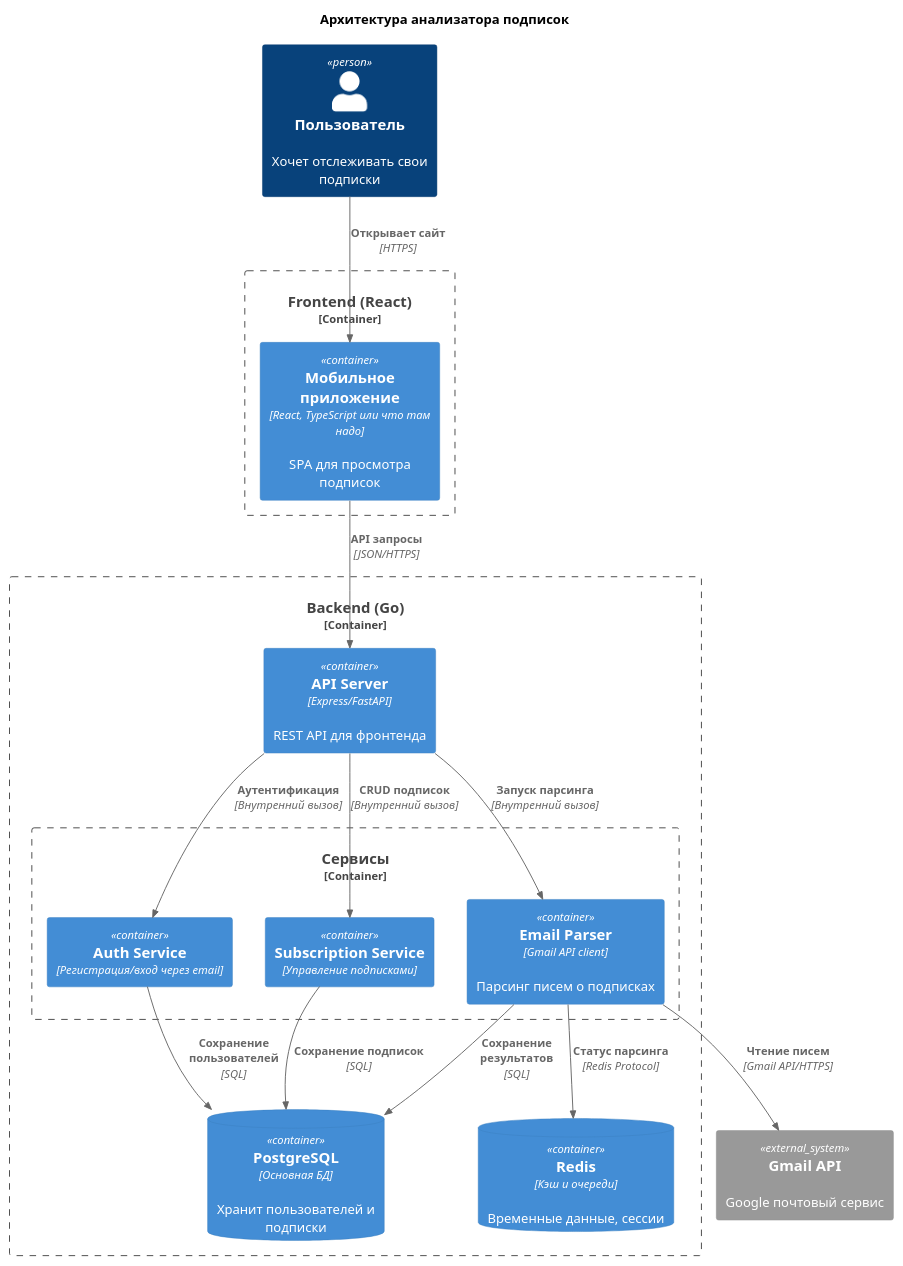
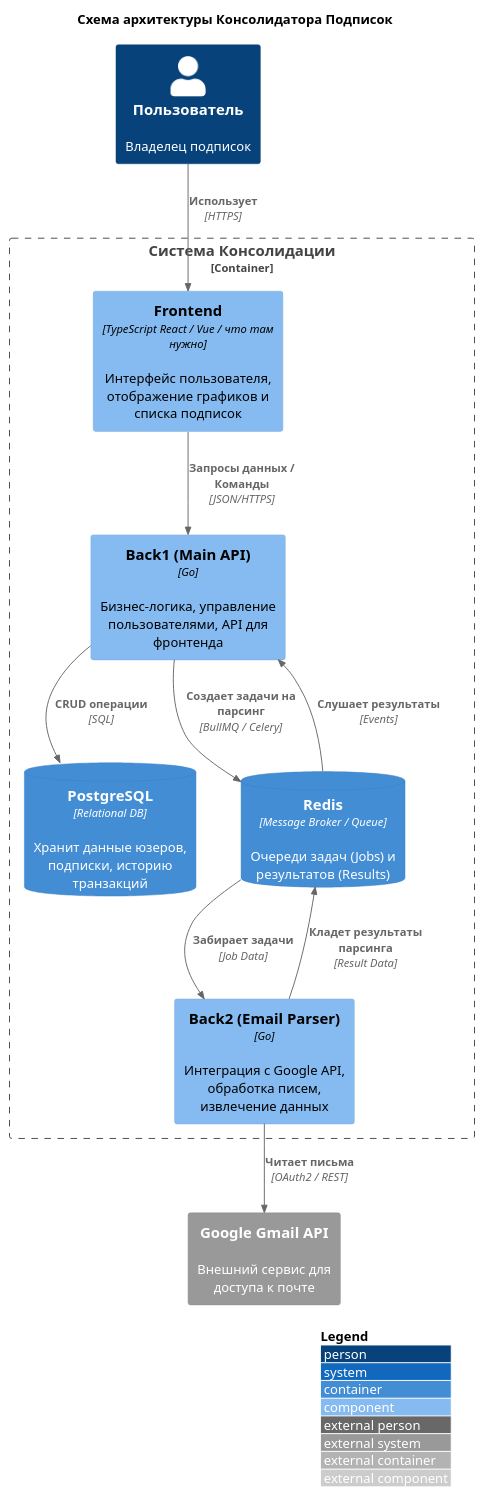
The diagram in architecture.puml (NikRo12/Subscription-Consolidator), drawn with PlantUML before and after one commit. The commit also changed 2 other files, not shown here.

```diff
--- a/architecture.puml
+++ b/architecture.puml
@@ -1,41 +1,38 @@
-@startuml "Subscription-Consolidator"
-!include <C4/C4_Container>
-!include <C4/C4_Context>
+@startuml
+!include https://raw.githubusercontent.com/plantuml-stdlib/C4-PlantUML/master/C4_Component.puml
 
-title Архитектура анализатора подписок
+LAYOUT_WITH_LEGEND()
 
-Person(user, "Пользователь", "Хочет отслеживать свои подписки")
+title Схема архитектуры Консолидатора Подписок
 
-System_Ext(gmail, "Gmail API", "Google почтовый сервис")
+Person(user, "Пользователь", "Владелец подписок")
 
-Container_Boundary(frontend, "Frontend (React)") {
-    Container(webapp, "Мобильное приложение", "React, TypeScript или что там надо", "SPA для просмотра подписок")
+Container_Boundary(api_app, "Система Консолидации") {
+    
+    Component(web_app, "Frontend", "TypeScript React / Vue / что там нужно", "Интерфейс пользователя, отображение графиков и списка подписок")
+    
+    Component(back1, "Back1 (Main API)", "Go", "Бизнес-логика, управление пользователями, API для фронтенда")
+    
+    Component(back2, "Back2 (Email Parser)", "Go", "Интеграция с Google API, обработка писем, извлечение данных")
+
+    ContainerDb(db_main, "PostgreSQL", "Relational DB", "Хранит данные юзеров, подписки, историю транзакций")
+    
+    ContainerDb(redis_queue, "Redis", "Message Broker / Queue", "Очереди задач (Jobs) и результатов (Results)")
 }
 
-Container_Boundary(backend, "Backend (Go)") {
-    Container(api, "API Server", "Express/FastAPI", "REST API для фронтенда")
-    
-    Container_Boundary(services, "Сервисы") {
-        Container(auth, "Auth Service", "Регистрация/вход через email")
-        Container(parser, "Email Parser", "Gmail API client", "Парсинг писем о подписках")
-        Container(subscription, "Subscription Service", "Управление подписками")
-    }
-    
-    ContainerDb(db, "PostgreSQL", "Основная БД", "Хранит пользователей и подписки")
-    ContainerDb(redis, "Redis", "Кэш и очереди", "Временные данные, сессии")
-}
+System_Ext(google_api, "Google Gmail API", "Внешний сервис для доступа к почте")
 
-Rel(user, webapp, "Открывает сайт", "HTTPS")
-Rel(webapp, api, "API запросы", "JSON/HTTPS")
+' Связи
+Rel(user, web_app, "Использует", "HTTPS")
+Rel(web_app, back1, "Запросы данных / Команды", "JSON/HTTPS")
 
-Rel(api, auth, "Аутентификация", "Внутренний вызов")
-Rel(api, subscription, "CRUD подписок", "Внутренний вызов")
-Rel(api, parser, "Запуск парсинга", "Внутренний вызов")
+Rel(back1, db_main, "CRUD операции", "SQL")
+Rel(back1, redis_queue, "Создает задачи на парсинг", "BullMQ / Celery")
 
-Rel(auth, db, "Сохранение пользователей", "SQL")
-Rel(subscription, db, "Сохранение подписок", "SQL")
-Rel(parser, db, "Сохранение результатов", "SQL")
+Rel(redis_queue, back2, "Забирает задачи", "Job Data")
+Rel(back2, google_api, "Читает письма", "OAuth2 / REST")
+Rel(back2, redis_queue, "Кладет результаты парсинга", "Result Data")
 
-Rel(parser, redis, "Статус парсинга", "Redis Protocol")
-Rel(parser, gmail, "Чтение писем", "Gmail API/HTTPS")
+Rel(redis_queue, back1, "Слушает результаты", "Events")
+
 @enduml
```
